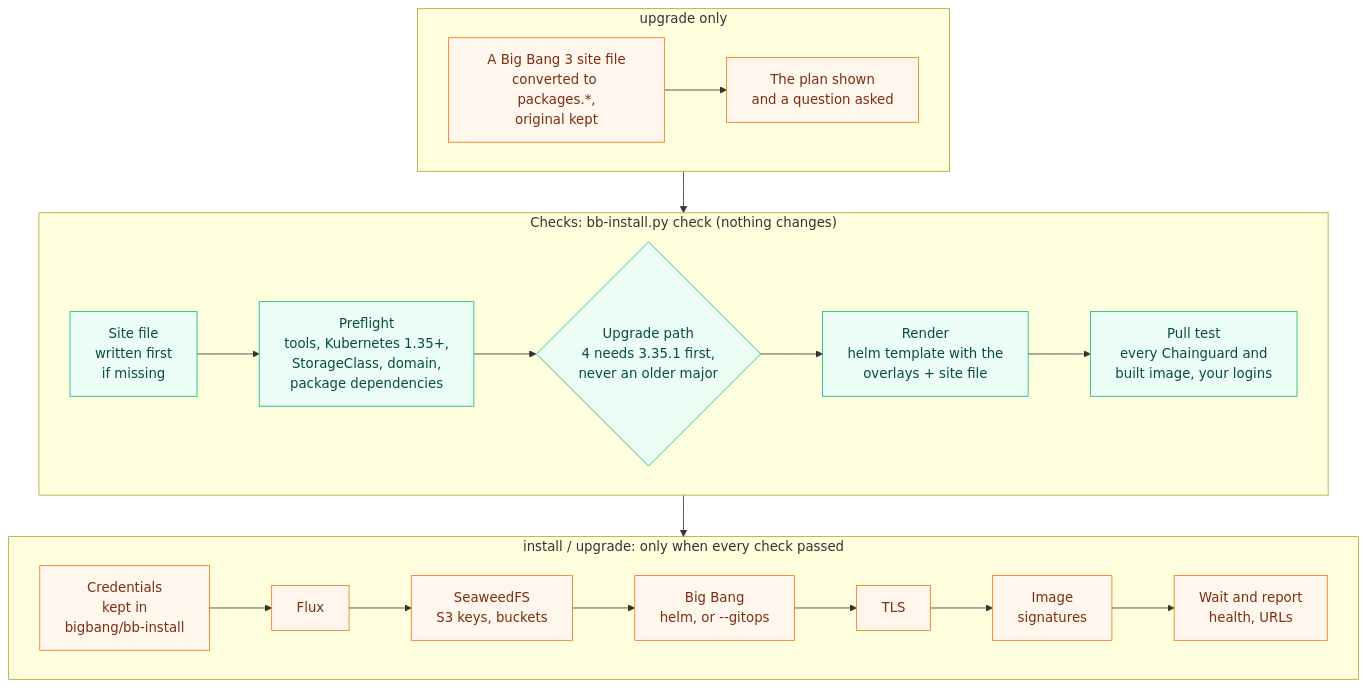
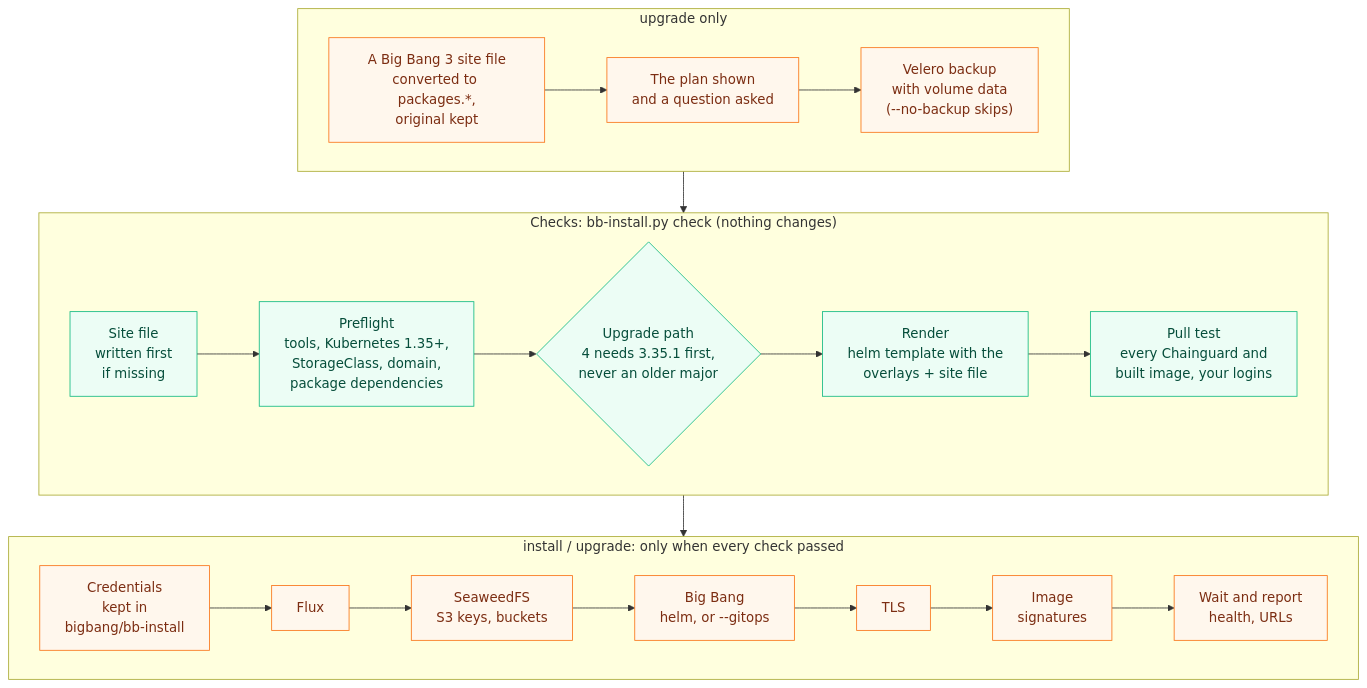
One commit to Zapata-Technology/bigbang-chainguard changed the fourth of 9 diagrams in docs/architecture.md. Above: the diagram before and after it, drawn with Mermaid. The commit also changed other lines of this file and 10 other files, not shown here.

````diff
--- a/docs/architecture.md
+++ b/docs/architecture.md
@@ -151,32 +151,33 @@
 ```mermaid
 flowchart TB
     subgraph UPG["upgrade only"]
         direction LR
         MG["A Big Bang 3 site file<br/>converted to packages.*,<br/>original kept"] --> PL["The plan shown<br/>and a question asked"]
+        PL --> VB["Velero backup<br/>with volume data<br/>(--no-backup skips)"]
     end
 
     subgraph CHK["Checks: bb-install.py check (nothing changes)"]
         direction LR
         SF["Site file<br/>written first<br/>if missing"] --> PF["Preflight<br/>tools, Kubernetes 1.35+,<br/>StorageClass, domain,<br/>package dependencies"]
         PF --> UP{"Upgrade path<br/>4 needs 3.35.1 first,<br/>never an older major"}
         UP --> RD["Render<br/>helm template with the<br/>overlays + site file"]
         RD --> PC["Pull test<br/>every Chainguard and<br/>built image, your logins"]
     end
 
     subgraph INS["install / upgrade: only when every check passed"]
         direction LR
         CR["Credentials<br/>kept in<br/>bigbang/bb-install"] --> FX["Flux"]
         FX --> SW["SeaweedFS<br/>S3 keys, buckets"]
         SW --> BB["Big Bang<br/>helm, or --gitops"]
         BB --> TL["TLS"]
         TL --> SG["Image<br/>signatures"]
         SG --> W["Wait and report<br/>health, URLs"]
     end
 
     UPG --> CHK --> INS
 
     classDef check fill:#ecfdf5,stroke:#10b981,color:#064e3b
     classDef act fill:#fff7ed,stroke:#f97316,color:#7c2d12
     class SF,PF,UP,RD,PC check
-    class CR,FX,SW,BB,TL,SG,W,MG,PL act
+    class CR,FX,SW,BB,TL,SG,W,MG,PL,VB act
 ```
````
